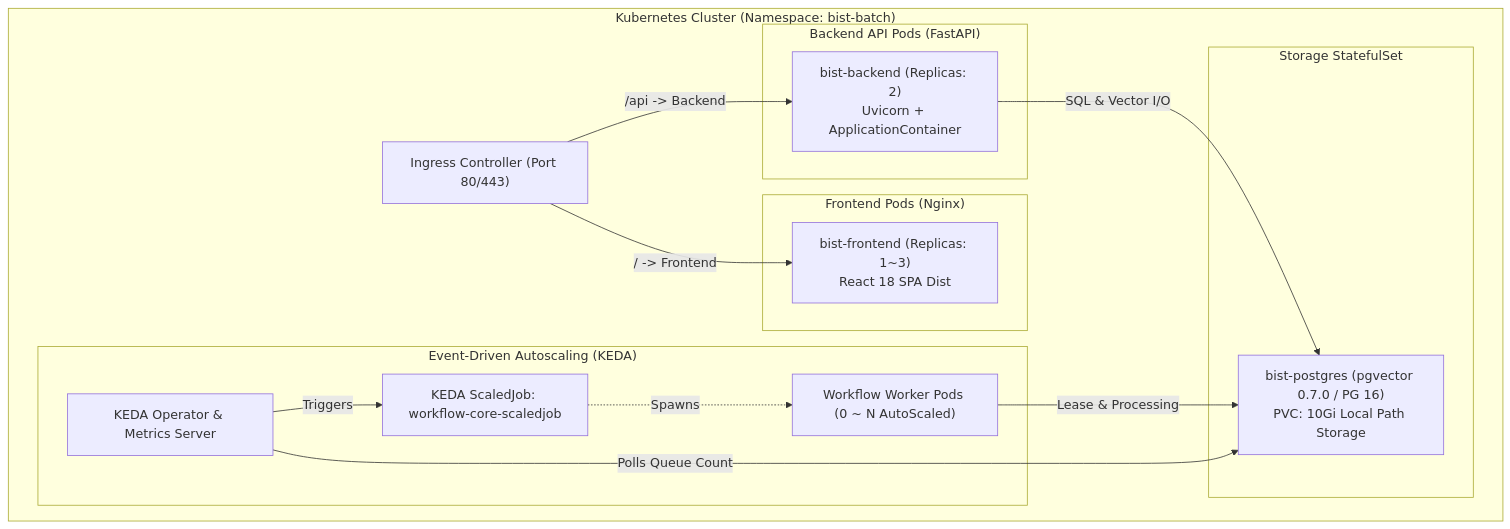
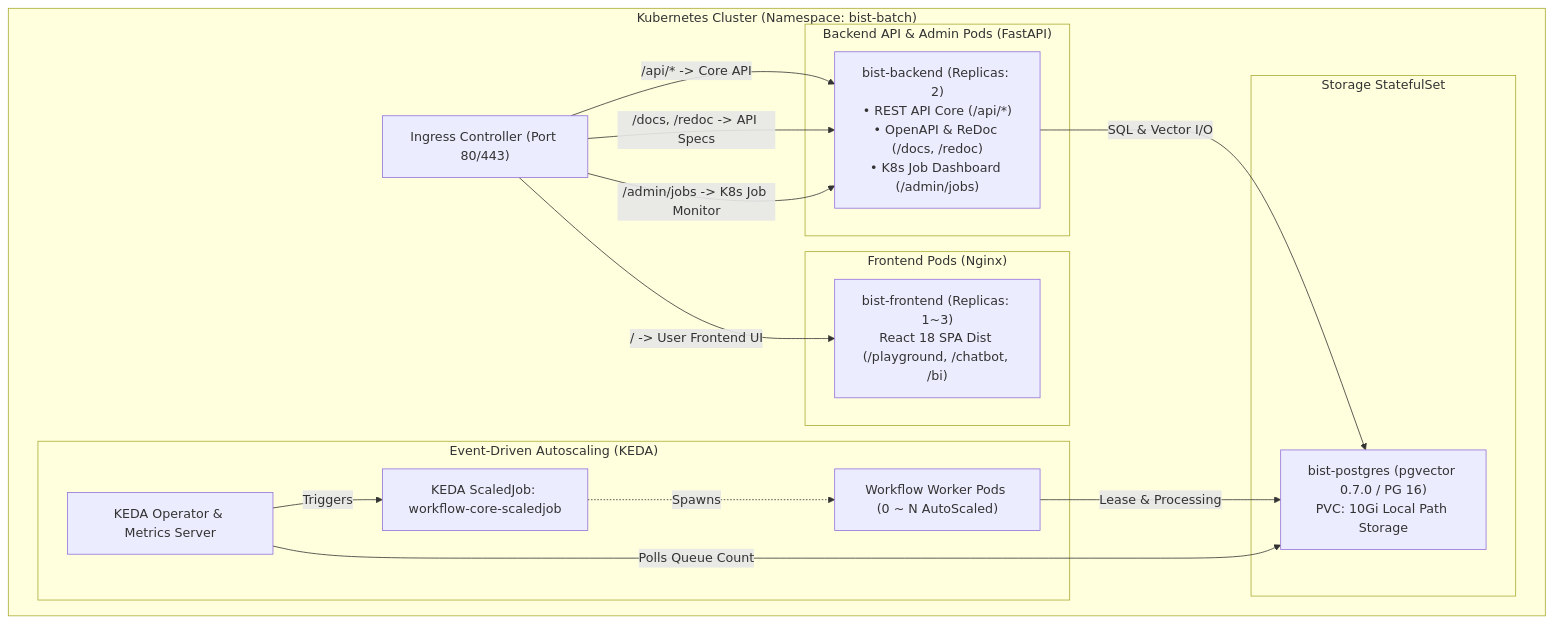
The first of 3 diagrams in docs/01_system_blueprints/BP-104_deployment_and_infra_topology.md (bist-mini-final/bist-mini-final), drawn with Mermaid before and after one commit. The commit also changed other lines of this file and 2 other files, not shown here.

Commit message:
docs: formalize Backend-Hosted K8s Batch Job & Worker Realtime Dashboard specifications

````diff
--- a/docs/01_system_blueprints/BP-104_deployment_and_infra_topology.md
+++ b/docs/01_system_blueprints/BP-104_deployment_and_infra_topology.md
@@ -11,32 +11,34 @@
 ```mermaid
 graph TB
     subgraph K8sCluster ["Kubernetes Cluster (Namespace: bist-batch)"]
         INGRESS["Ingress Controller (Port 80/443)"]
         
         subgraph FrontendGroup ["Frontend Pods (Nginx)"]
-            FE["bist-frontend (Replicas: 1~3)<br>React 18 SPA Dist"]
+            FE["bist-frontend (Replicas: 1~3)<br>React 18 SPA Dist (/playground, /chatbot, /bi)"]
         end
 
-        subgraph BackendGroup ["Backend API Pods (FastAPI)"]
-            BE["bist-backend (Replicas: 2)<br>Uvicorn + ApplicationContainer"]
+        subgraph BackendGroup ["Backend API & Admin Pods (FastAPI)"]
+            BE["bist-backend (Replicas: 2)<br>• REST API Core (/api/*)<br>• OpenAPI & ReDoc (/docs, /redoc)<br>• K8s Job Dashboard (/admin/jobs)"]
         end
 
         subgraph StorageGroup ["Storage StatefulSet"]
             PG["bist-postgres (pgvector 0.7.0 / PG 16)<br>PVC: 10Gi Local Path Storage"]
         end
 
         subgraph KedaGroup ["Event-Driven Autoscaling (KEDA)"]
             KEDA_OP["KEDA Operator & Metrics Server"]
             SCALED_JOB["KEDA ScaledJob: workflow-core-scaledjob"]
             WORKER_PODS["Workflow Worker Pods (0 ~ N AutoScaled)"]
             SCALED_JOB -.->|Spawns| WORKER_PODS
         end
     end
 
-    INGRESS -->|/ -> Frontend| FE
-    INGRESS -->|/api -> Backend| BE
+    INGRESS -->|/ -> User Frontend UI| FE
+    INGRESS -->|/api/* -> Core API| BE
+    INGRESS -->|/docs, /redoc -> API Specs| BE
+    INGRESS -->|/admin/jobs -> K8s Job Monitor| BE
     BE -->|SQL & Vector I/O| PG
     WORKER_PODS -->|Lease & Processing| PG
     KEDA_OP -->|Polls Queue Count| PG
     KEDA_OP -->|Triggers| SCALED_JOB
 ```
````
